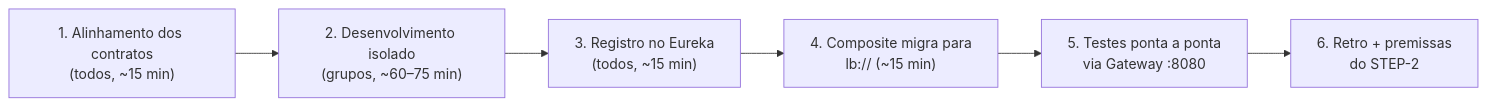
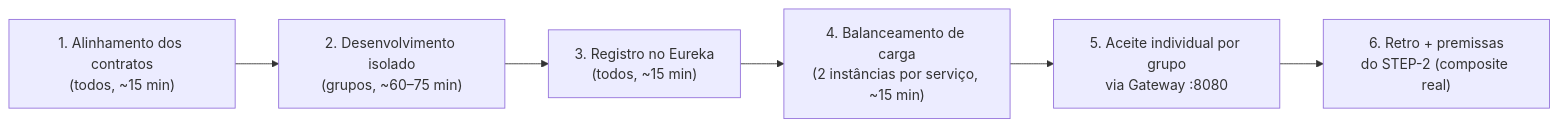
Before and after one commit to F290-LDMP/workshop-microservices: the second of 2 diagrams in README.md, drawn with Mermaid. The commit also changed other lines of this file and 2 other files, not shown here.

Commit message:
docs: criterios de aceite por grupo e composite mockado no STEP-1

````diff
--- a/README.md
+++ b/README.md
@@ -79,8 +81,8 @@
 ```mermaid
 flowchart LR
     A["1. Alinhamento dos contratos<br/>(todos, ~15 min)"] --> B["2. Desenvolvimento isolado<br/>(grupos, ~60–75 min)"]
     B --> C["3. Registro no Eureka<br/>(todos, ~15 min)"]
-    C --> D["4. Composite migra para<br/>lb:// (~15 min)"]
-    D --> E["5. Testes ponta a ponta<br/>via Gateway :8080"]
-    E --> F["6. Retro + premissas<br/>do STEP-2"]
+    C --> D["4. Balanceamento de carga<br/>(2 instâncias por serviço, ~15 min)"]
+    D --> E["5. Aceite individual por grupo<br/>via Gateway :8080"]
+    E --> F["6. Retro + premissas<br/>do STEP-2 (composite real)"]
 ```
````
